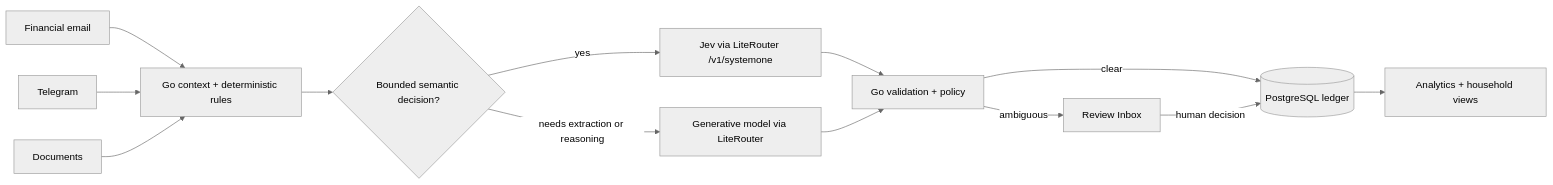
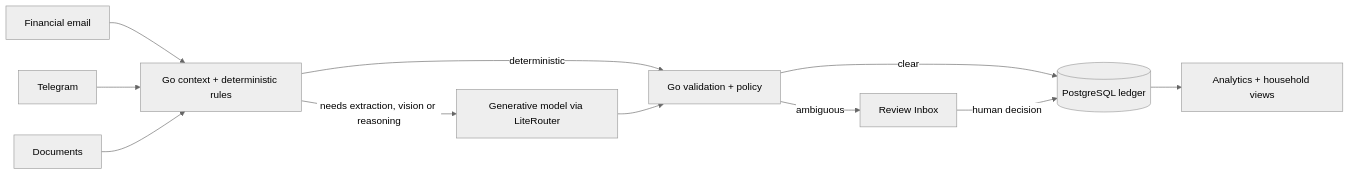
The diagram in README.md (raufimusaddiq/richmod), drawn with Mermaid (neutral theme) before and after one commit. The commit also changed other lines of this file and 70 other files, not shown here.

````diff
--- a/README.md
+++ b/README.md
@@ -28,19 +28,16 @@
 ```mermaid
 flowchart LR
     E[Financial email] --> G[Go context + deterministic rules]
     T[Telegram] --> G
     D[Documents] --> G
 
-    G --> J{Bounded semantic decision?}
-    J -->|yes| S[Jev via LiteRouter /v1/systemone]
-    J -->|needs extraction or reasoning| M[Generative model via LiteRouter]
-
-    S --> P[Go validation + policy]
+    G -->|needs extraction, vision or reasoning| M[Generative model via LiteRouter]
+    G -->|deterministic| P[Go validation + policy]
     M --> P
 
     P -->|clear| L[(PostgreSQL ledger)]
     P -->|ambiguous| R[Review Inbox]
 
     R -->|human decision| L
     L --> A[Analytics + household views]
 ```
````
